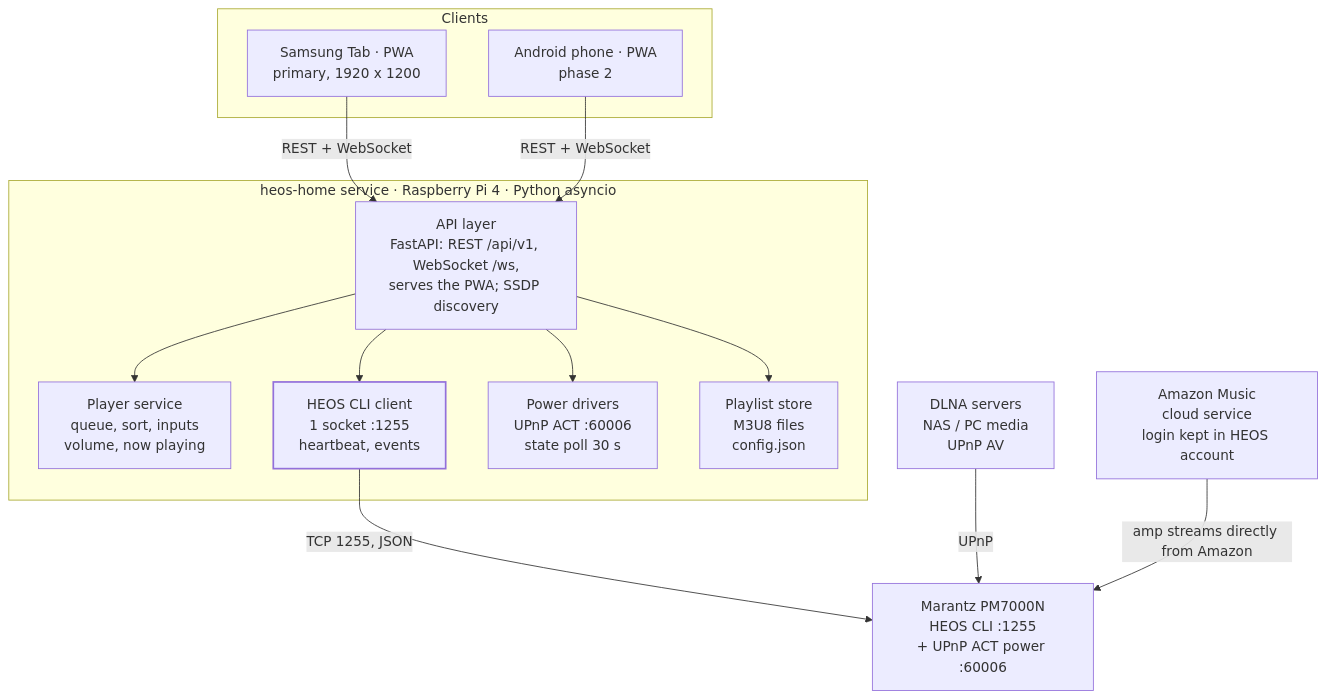
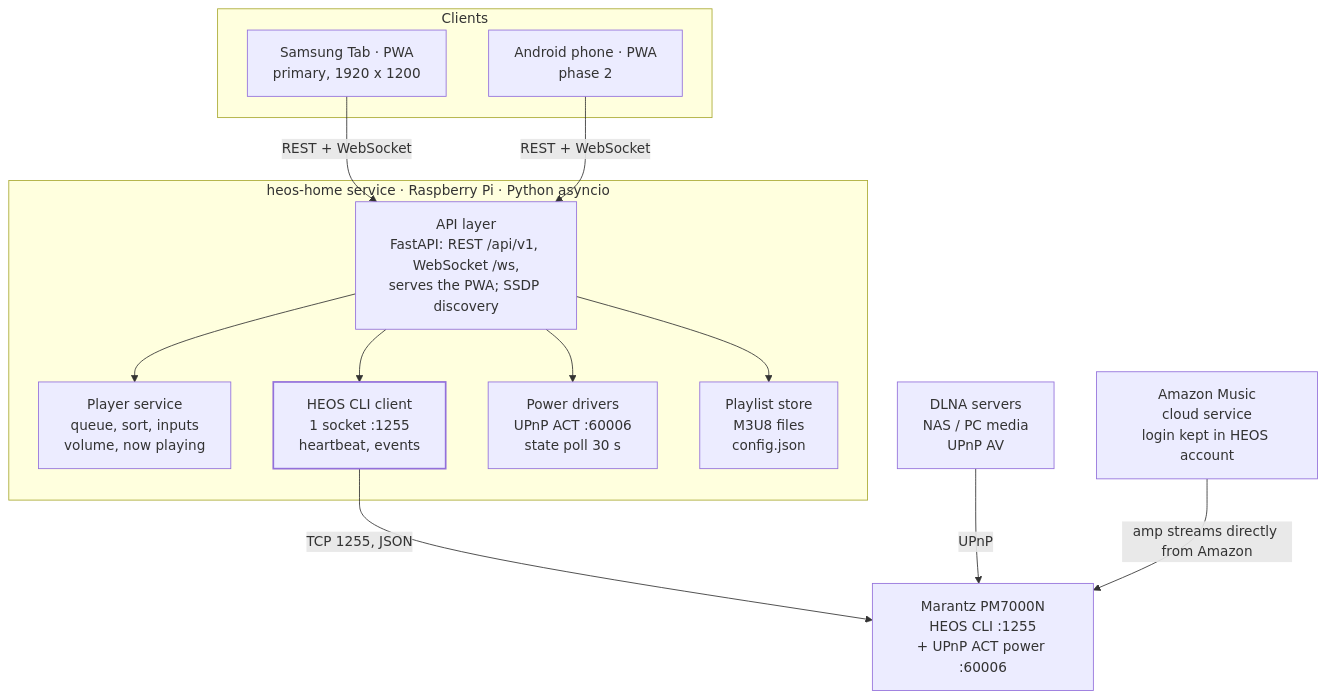
Before and after one commit to KDenisPi/heos: the diagram in HEOS-Home-Controller-Specification.md, drawn with Mermaid. The commit also changed other lines of this file and 13 other files, not shown here.

First line of the commit message:
Debian package (heos-home_<version>_all.deb) and one-time environment setup

````diff
--- a/HEOS-Home-Controller-Specification.md
+++ b/HEOS-Home-Controller-Specification.md
@@ -49,24 +49,24 @@
 ```mermaid
 flowchart TB
   subgraph Clients
     T["Samsung Tab · PWA<br/>primary, 1920 x 1200"]
     P["Android phone · PWA<br/>phase 2"]
   end
-  subgraph S["heos-home service · Raspberry Pi 4 · Python asyncio"]
+  subgraph S["heos-home service · Raspberry Pi · Python asyncio"]
     API["API layer<br/>FastAPI: REST /api/v1, WebSocket /ws,<br/>serves the PWA; SSDP discovery"]
     PL["Player service<br/>queue, sort, inputs<br/>volume, now playing"]
     CLI["HEOS CLI client<br/>1 socket :1255<br/>heartbeat, events"]
     PW["Power drivers<br/>UPnP ACT :60006<br/>state poll 30 s"]
     ST["Playlist store<br/>M3U8 files<br/>config.json"]
     API --> PL
     API --> CLI
     API --> PW
     API --> ST
   end
   T -->|REST + WebSocket| API
   P -->|REST + WebSocket| API
   CLI -->|TCP 1255, JSON| AMP["Marantz PM7000N<br/>HEOS CLI :1255<br/>+ UPnP ACT power :60006"]
   DLNA["DLNA servers<br/>NAS / PC media<br/>UPnP AV"] -->|UPnP| AMP
   AM["Amazon Music<br/>cloud service<br/>login kept in HEOS account"] -->|amp streams directly from Amazon| AMP
   style CLI stroke-width:2px
 ```
````
